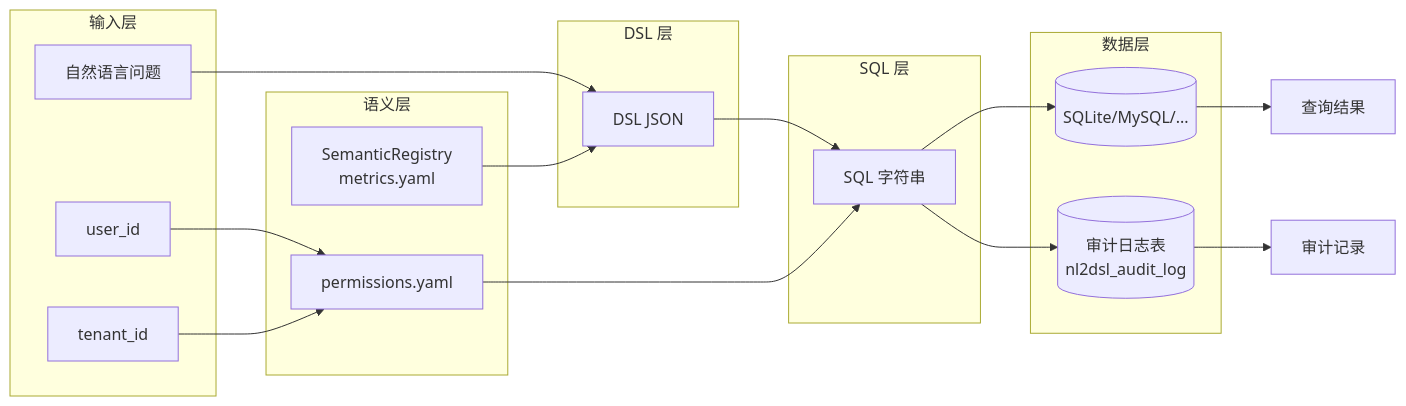
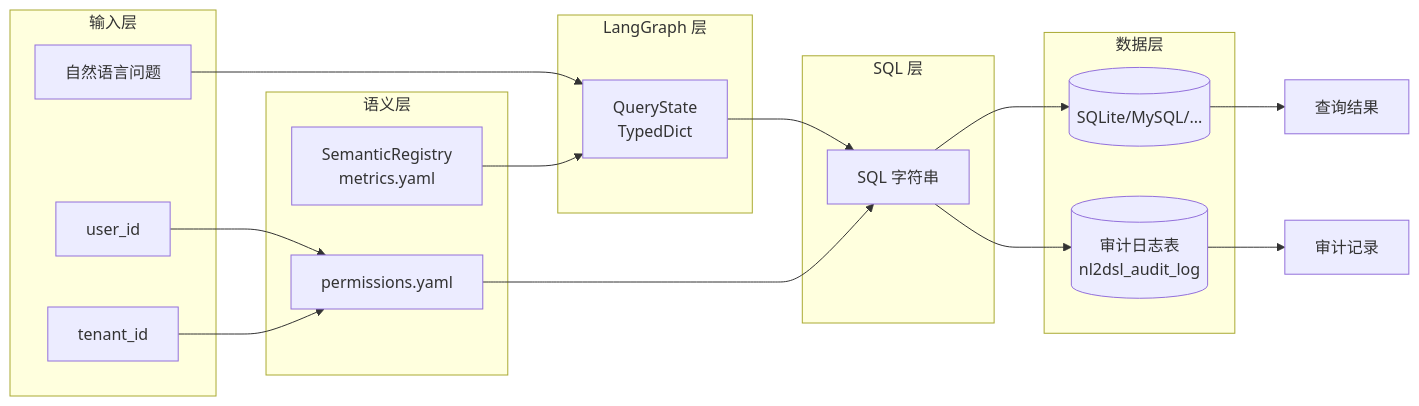
Diagram 11 of 11 in docs/query-flow.md (kobegy248/nl2dsl-engine), drawn with Mermaid before and after one commit. The commit also changed other lines of this file, not shown here.

Commit message:
docs: update query-flow.md with LangGraph StateGraph architecture

````diff
--- a/docs/query-flow.md
+++ b/docs/query-flow.md
@@ -353,37 +356,37 @@
 ```mermaid
 flowchart LR
     subgraph INPUT["输入层"]
         Q["自然语言问题"]
         UID["user_id"]
         TID["tenant_id"]
     end
 
-    subgraph DSL_LAYER["DSL 层"]
-        DSL["DSL JSON"]
+    subgraph GRAPH["LangGraph 层"]
+        STATE["QueryState<br/>TypedDict"]
     end
 
     subgraph SEMANTIC["语义层"]
         REG["SemanticRegistry<br/>metrics.yaml"]
         PERM["permissions.yaml"]
     end
 
     subgraph SQL_LAYER["SQL 层"]
         SQL["SQL 字符串"]
     end
 
     subgraph DATA["数据层"]
         DB[(SQLite/MySQL/...)]
         AUDIT[(审计日志表<br/>nl2dsl_audit_log)]
     end
 
-    Q --> DSL
+    Q --> STATE
     UID --> PERM
     TID --> PERM
-    REG --> DSL
-    DSL --> SQL
+    REG --> STATE
+    STATE --> SQL
     PERM --> SQL
     SQL --> DB
     SQL --> AUDIT
     DB --> RESULT["查询结果"]
     AUDIT --> LOG["审计记录"]
 ```
````
